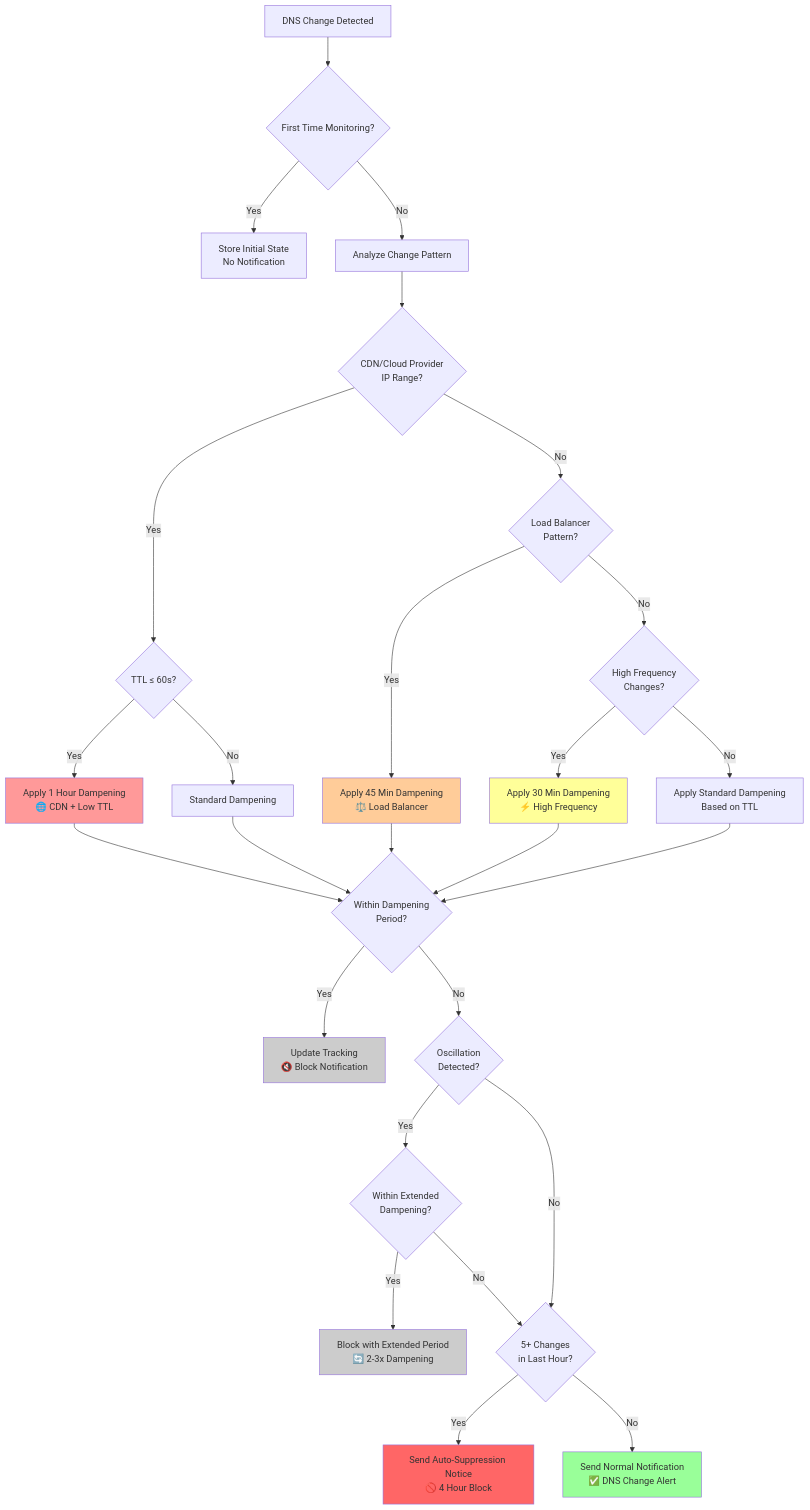
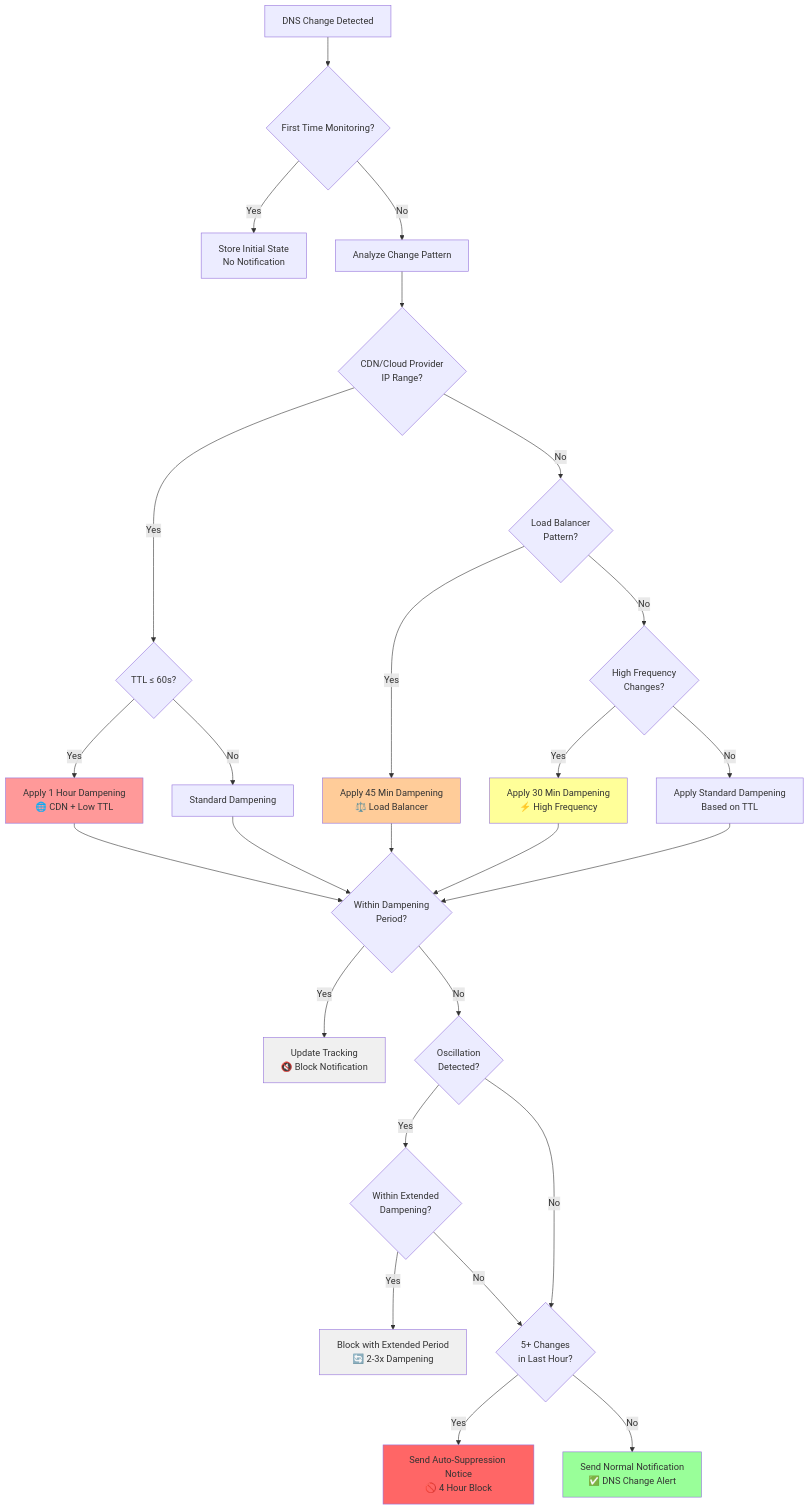
The diagram in README.md (naouflex/dns-bot-discord), drawn with Mermaid before and after one commit.

Commit message:
Update grey in mermaid

````diff
--- a/README.md
+++ b/README.md
@@ -279,43 +279,43 @@
 ```mermaid
 graph TD
     A[DNS Change Detected] --> B{First Time Monitoring?}
     B -->|Yes| C[Store Initial State<br/>No Notification]
     B -->|No| D[Analyze Change Pattern]
     
     D --> E{CDN/Cloud Provider<br/>IP Range?}
     E -->|Yes| F{TTL ≤ 60s?}
     F -->|Yes| G[Apply 1 Hour Dampening<br/>🌐 CDN + Low TTL]
     F -->|No| H[Standard Dampening]
     
     E -->|No| I{Load Balancer<br/>Pattern?}
     I -->|Yes| J[Apply 45 Min Dampening<br/>⚖️ Load Balancer]
     I -->|No| K{High Frequency<br/>Changes?}
     
     K -->|Yes| L[Apply 30 Min Dampening<br/>⚡ High Frequency]
     K -->|No| M[Apply Standard Dampening<br/>Based on TTL]
     
     G --> N{Within Dampening<br/>Period?}
     J --> N
     L --> N
     H --> N
     M --> N
     
     N -->|Yes| O[Update Tracking<br/>🔇 Block Notification]
     N -->|No| P{Oscillation<br/>Detected?}
     
     P -->|Yes| Q{Within Extended<br/>Dampening?}
     Q -->|Yes| R[Block with Extended Period<br/>🔄 2-3x Dampening]
     Q -->|No| S[Check Auto-Suppression]
     
     P -->|No| S{5+ Changes<br/>in Last Hour?}
     S -->|Yes| T[Send Auto-Suppression Notice<br/>🚫 4 Hour Block]
     S -->|No| U[Send Normal Notification<br/>✅ DNS Change Alert]
     
     style G fill:#ff9999
     style J fill:#ffcc99
     style L fill:#ffff99
     style T fill:#ff6666
     style U fill:#99ff99
-    style O fill:#cccccc
-    style R fill:#cccccc
+    style O fill:#f0f0f0
+    style R fill:#f0f0f0
 ```
````
